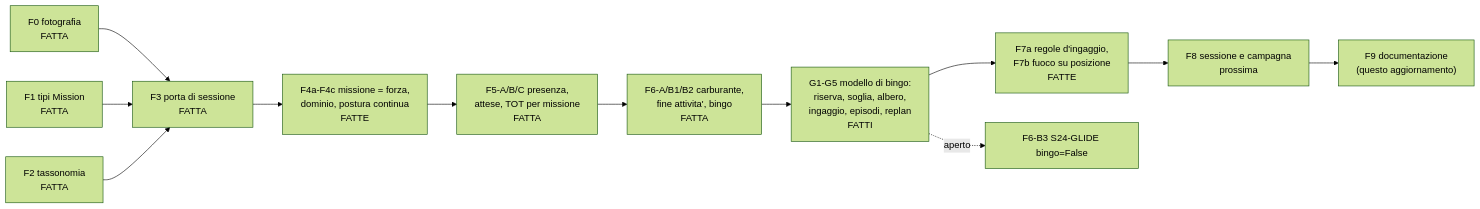
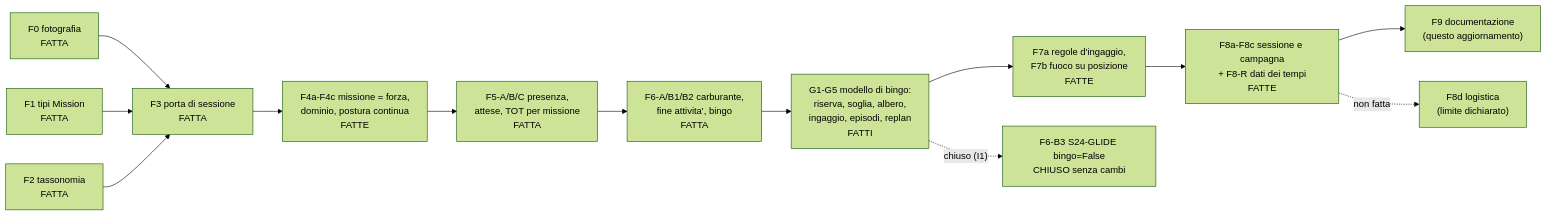
The diagram in Analysis/Document/Manuale_Motore_DES/10_Limiti_Estensioni_Divergenze.md (MakusIV/Warfare-Model), drawn with Mermaid (forest theme) before and after one commit. The commit also changed other lines of this file and 10 other files, not shown here.

Commit message:
F9: manuale DES aggiornato a fa5fbf1e (F8a-F8c, F8-R, validatore, prontezza, ciclo di campagna, S30); Piano: F9 fatta, difetto aperto su readiness_after_session

````diff
--- a/Analysis/Document/Manuale_Motore_DES/10_Limiti_Estensioni_Divergenze.md
+++ b/Analysis/Document/Manuale_Motore_DES/10_Limiti_Estensioni_Divergenze.md
@@ -722,14 +787,15 @@
 ```mermaid
 flowchart LR
     F0["F0 fotografia<br/>FATTA"] --> F3["F3 porta di sessione<br/>FATTA"]
     F1["F1 tipi Mission<br/>FATTA"] --> F3
     F2["F2 tassonomia<br/>FATTA"] --> F3
     F3 --> F4["F4a-F4c missione = forza,<br/>dominio, postura continua<br/>FATTE"]
     F4 --> F5["F5-A/B/C presenza,<br/>attese, TOT per missione<br/>FATTA"]
     F5 --> F6["F6-A/B1/B2 carburante,<br/>fine attivita', bingo<br/>FATTA"]
     F6 --> G["G1-G5 modello di bingo:<br/>riserva, soglia, albero,<br/>ingaggio, episodi, replan<br/>FATTI"]
     G --> F7["F7a regole d'ingaggio,<br/>F7b fuoco su posizione<br/>FATTE"]
-    F7 --> F8["F8 sessione e campagna<br/>prossima"]
+    F7 --> F8["F8a-F8c sessione e campagna<br/>+ F8-R dati dei tempi<br/>FATTE"]
     F8 --> F9["F9 documentazione<br/>(questo aggiornamento)"]
-    G -.->|"aperto"| F6B3["F6-B3 S24-GLIDE bingo=False"]
+    G -.->|"chiuso (I1)"| F6B3["F6-B3 S24-GLIDE bingo=False<br/>CHIUSO senza cambi"]
+    F8 -.->|"non fatta"| F8D["F8d logistica<br/>(limite dichiarato)"]
 ```
````
